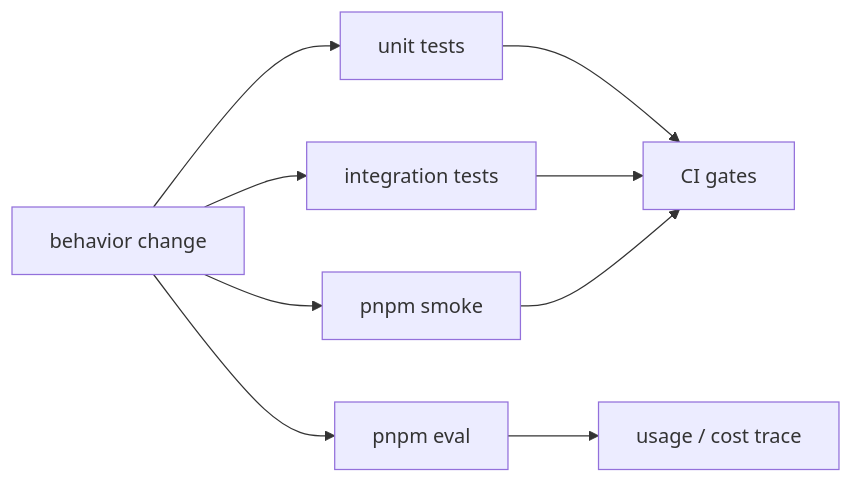
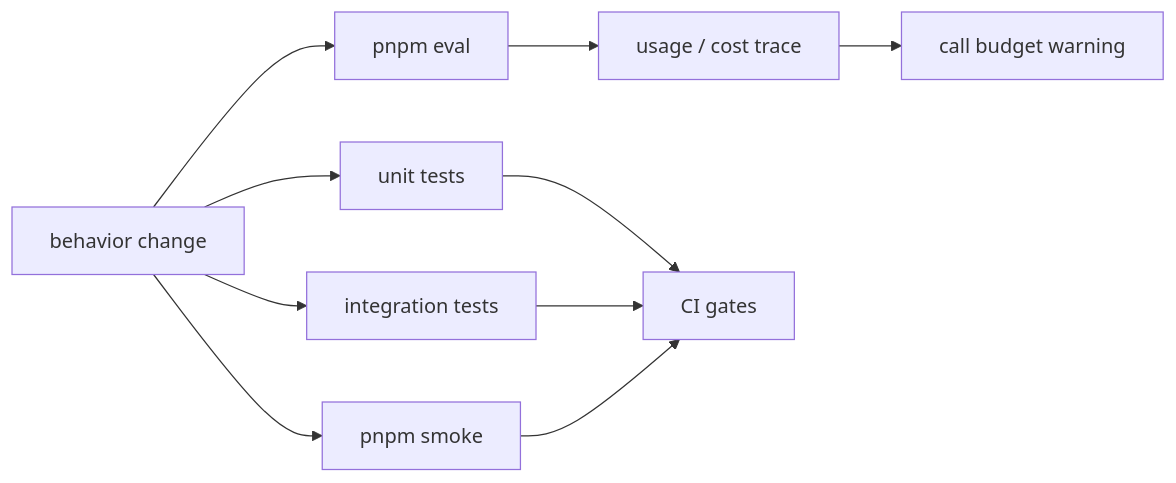
Diagram 17 of 24 in docs/design.md (ImWenyaoT/chatty), drawn with Mermaid before and after one commit. The commit also changed other lines of this file and 5 other files, not shown here.

Commit message:
feat(llm): add pro call budget warnings

````diff
--- a/docs/design.md
+++ b/docs/design.md
@@ -314,11 +316,12 @@
 ```mermaid
 flowchart LR
   Change["behavior change"] --> Unit["unit tests"]
   Change --> Integration["integration tests"]
   Change --> Smoke["pnpm smoke"]
   Change --> Eval["pnpm eval"]
   Eval --> Cost["usage / cost trace"]
+  Cost --> Budget["call budget warning"]
   Unit --> CI["CI gates"]
   Integration --> CI
   Smoke --> CI
 ```
````
